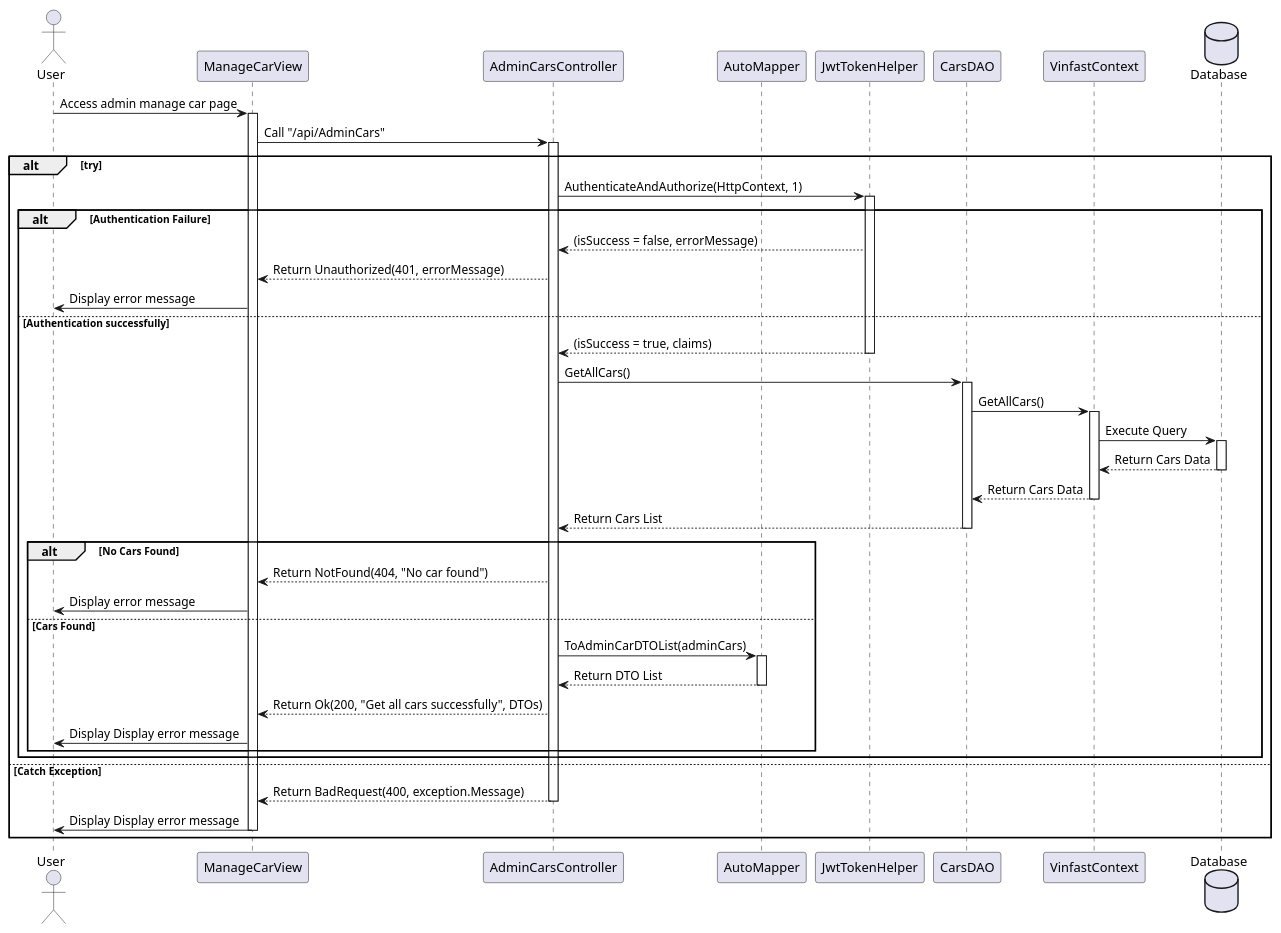
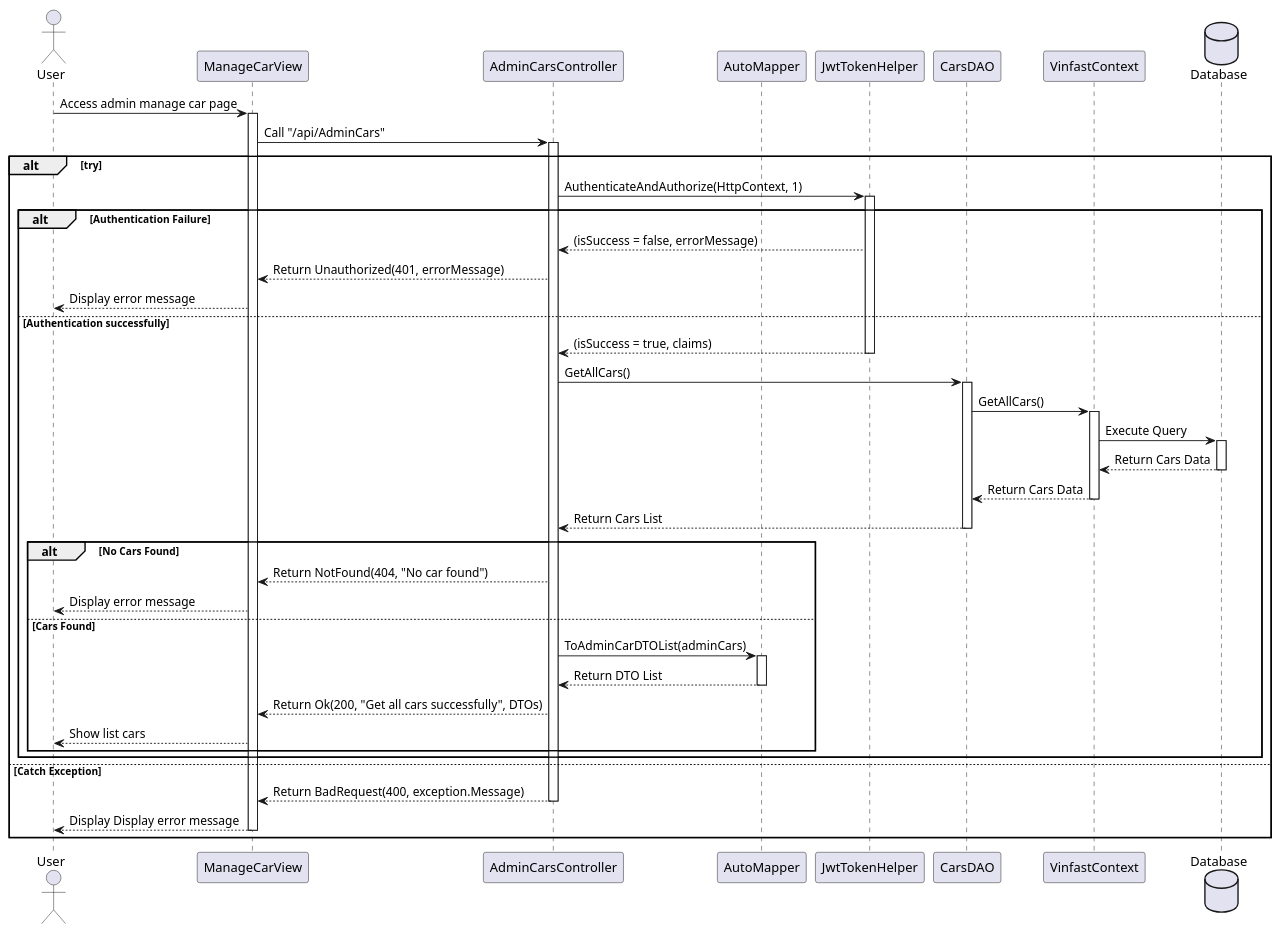
One commit to Bang15092002/SWP391_TrongNDP_Re_SP25 changed the diagram in AdminViewAllCars/AdminViewAllCars.plantUML. Above: the diagram before and after it, drawn with PlantUML. The commit also changed 2 other files, not shown here.

Commit message:
Car Deposit

```diff
--- a/AdminViewAllCars/AdminViewAllCars.plantUML
+++ b/AdminViewAllCars/AdminViewAllCars.plantUML
@@ -1,70 +1,70 @@
 @startuml
 actor User
 participant ManageCarView
 participant AdminCarsController
 participant AutoMapper
 participant JwtTokenHelper
 participant CarsDAO
 participant VinfastContext
 database Database
 
 
 User -> ManageCarView: Access admin manage car page
 activate ManageCarView
 
     ManageCarView -> AdminCarsController: Call "/api/AdminCars"
 alt try
     activate AdminCarsController
 
     AdminCarsController -> JwtTokenHelper: AuthenticateAndAuthorize(HttpContext, 1)
         alt Authentication Failure
             activate JwtTokenHelper
             JwtTokenHelper --> AdminCarsController: (isSuccess = false, errorMessage)
             AdminCarsController --> ManageCarView: Return Unauthorized(401, errorMessage)
-            ManageCarView -> User: Display error message
+            ManageCarView --> User: Display error message
             
         else Authentication successfully
             JwtTokenHelper --> AdminCarsController: (isSuccess = true, claims)
             deactivate JwtTokenHelper
             
             AdminCarsController -> CarsDAO: GetAllCars()
             activate CarsDAO
             
             CarsDAO -> VinfastContext: GetAllCars()
             activate VinfastContext
             
             VinfastContext -> Database: Execute Query
             activate Database
             Database --> VinfastContext: Return Cars Data
             deactivate Database
             
             VinfastContext --> CarsDAO: Return Cars Data
             deactivate VinfastContext
             CarsDAO --> AdminCarsController: Return Cars List
             deactivate CarsDAO
 
             alt No Cars Found
                 AdminCarsController --> ManageCarView: Return NotFound(404, "No car found")
-                ManageCarView -> User: Display error message
+                ManageCarView --> User: Display error message
             else Cars Found
                 AdminCarsController -> AutoMapper: ToAdminCarDTOList(adminCars)
                 activate AutoMapper
                 AutoMapper --> AdminCarsController: Return DTO List
                 deactivate AutoMapper
                 AdminCarsController --> ManageCarView: Return Ok(200, "Get all cars successfully", DTOs)
-                ManageCarView -> User: Display Display error message
+                ManageCarView --> User: Show list cars
             end
         
     end
 
 else Catch Exception
     AdminCarsController --> ManageCarView: Return BadRequest(400, exception.Message)
     deactivate AdminCarsController
-    ManageCarView -> User: Display Display error message
+    ManageCarView --> User: Display Display error message
 deactivate ManageCarView
 end
 
 
 
 
 @enduml
```
